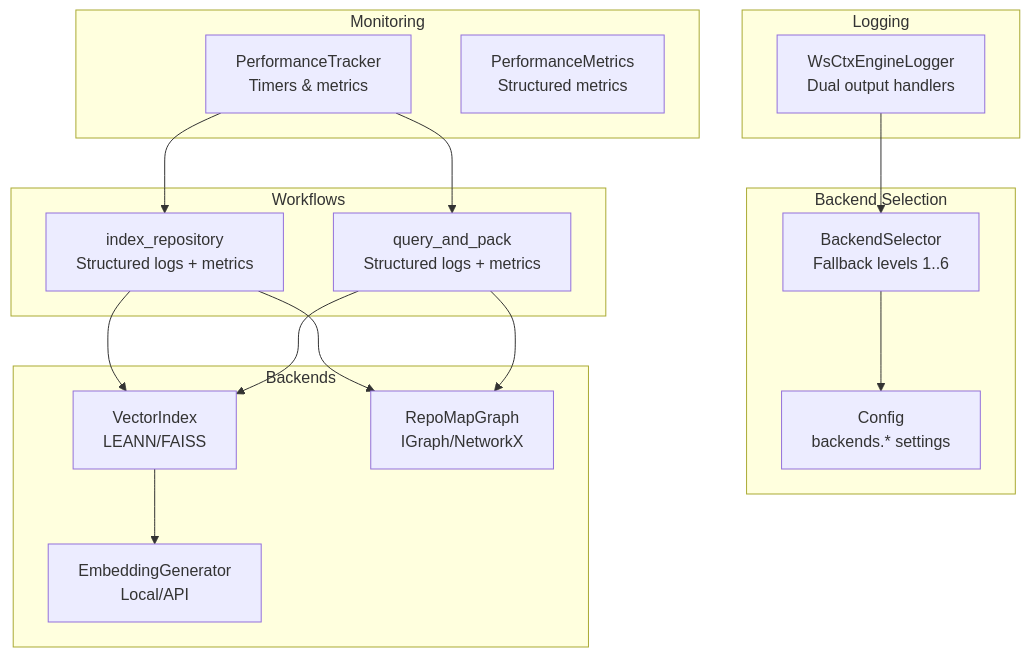
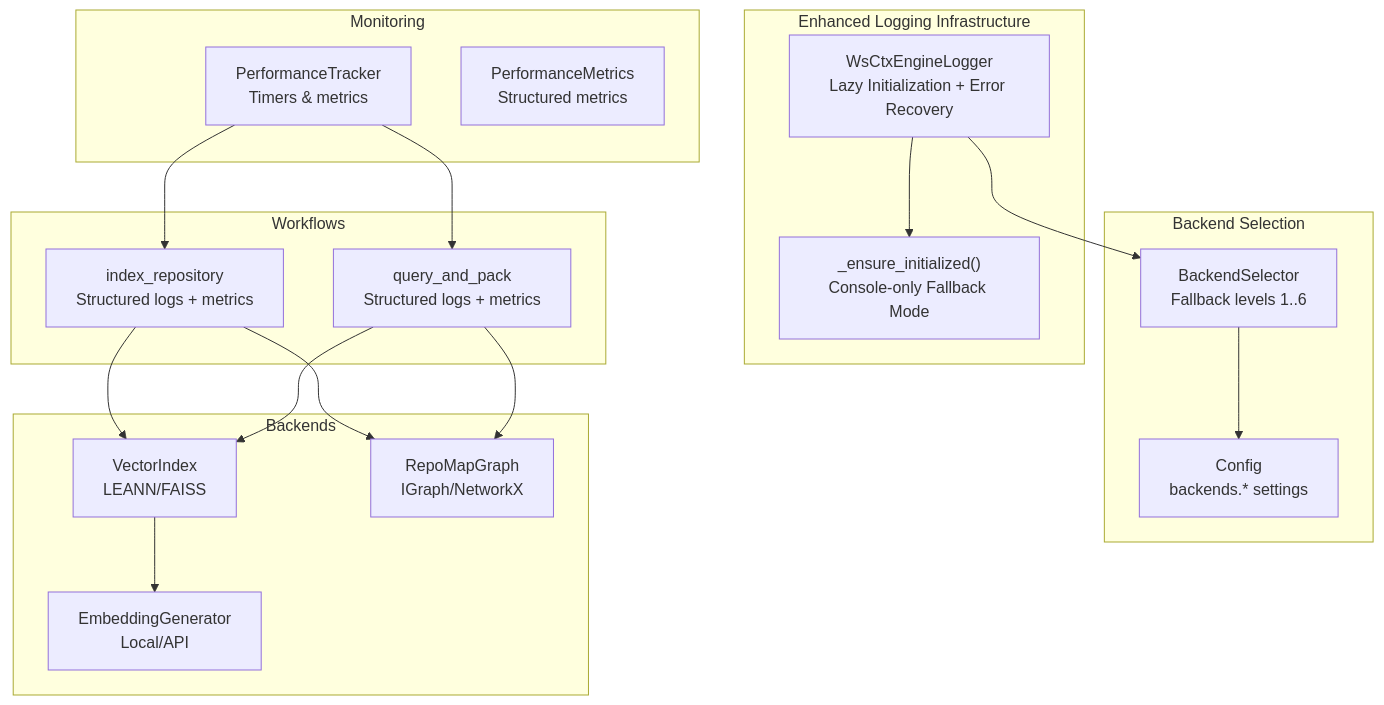
Before and after one commit to maemreyo/zmr-ctx-paker: the first of 7 diagrams in .qoder/repowiki/en/content/Architecture & Design/Backend Selection Strategy/Logging and Monitoring.md, drawn with Mermaid. The commit also changed other lines of this file and 25 other files, not shown here.

````diff
--- a/.qoder/repowiki/en/content/Architecture & Design/Backend Selection Strategy/Logging and Monitoring.md
+++ b/.qoder/repowiki/en/content/Architecture & Design/Backend Selection Strategy/Logging and Monitoring.md
@@ -43,32 +53,33 @@
 ```mermaid
 graph TB
-subgraph "Logging"
-L["WsCtxEngineLogger<br/>Dual output handlers"]
+subgraph "Enhanced Logging Infrastructure"
+L["WsCtxEngineLogger<br/>Lazy Initialization + Error Recovery"]
+L --> EI["_ensure_initialized()<br/>Console-only Fallback Mode"]
 end
 subgraph "Backend Selection"
 BS["BackendSelector<br/>Fallback levels 1..6"]
 CFG["Config<br/>backends.* settings"]
 end
 subgraph "Monitoring"
 PT["PerformanceTracker<br/>Timers & metrics"]
 PM["PerformanceMetrics<br/>Structured metrics"]
 end
 subgraph "Workflows"
 IDX["index_repository<br/>Structured logs + metrics"]
 QRY["query_and_pack<br/>Structured logs + metrics"]
 end
 subgraph "Backends"
 VI["VectorIndex<br/>LEANN/FAISS"]
 GR["RepoMapGraph<br/>IGraph/NetworkX"]
 EMB["EmbeddingGenerator<br/>Local/API"]
 end
 L --> BS
 BS --> CFG
 PT --> IDX
 PT --> QRY
 IDX --> VI
 IDX --> GR
 QRY --> VI
 QRY --> GR
 VI --> EMB
 ```
````
